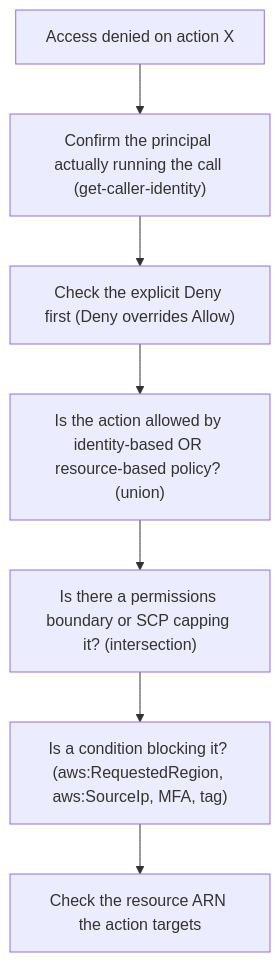
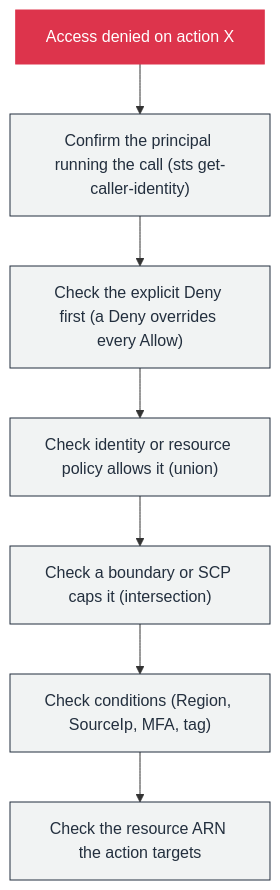
Before and after one commit to GabrielAlmeidaFlores/AWS-CloudOps-Engineer-Associate-Doc: the diagram in 02-services/13-security-identity-compliance/01-iam/03-troubleshooting.md, drawn with Mermaid. The commit also changed other lines of this file and 22 other files, not shown here.

First line of the commit message:
docs: AWS-styled Mermaid, IAM/VPC console screenshots, and AGENTS.md rules

````diff
--- a/02-services/13-security-identity-compliance/01-iam/03-troubleshooting.md
+++ b/02-services/13-security-identity-compliance/01-iam/03-troubleshooting.md
@@ -8,9 +8,13 @@
 ```mermaid
 flowchart TD
-    A["Access denied on action X"] --> B["Confirm the principal actually running the call (get-caller-identity)"]
-    B --> C["Check the explicit Deny first (Deny overrides Allow)"]
-    C --> D["Is the action allowed by identity-based OR resource-based policy? (union)"]
-    D --> E["Is there a permissions boundary or SCP capping it? (intersection)"]
-    E --> F["Is a condition blocking it? (aws:RequestedRegion, aws:SourceIp, MFA, tag)"]
+    A["Access denied on action X"] --> B["Confirm the principal running the call (sts get-caller-identity)"]
+    B --> C["Check the explicit Deny first (a Deny overrides every Allow)"]
+    C --> D["Check identity or resource policy allows it (union)"]
+    D --> E["Check a boundary or SCP caps it (intersection)"]
+    E --> F["Check conditions (Region, SourceIp, MFA, tag)"]
     F --> G["Check the resource ARN the action targets"]
+    classDef deny fill:#DD344C,stroke:#DD344C,color:#ffffff
+    classDef step fill:#F1F3F3,stroke:#232F3E,color:#232F3E
+    class A deny
+    class B,C,D,E,F,G step
 ```
````
